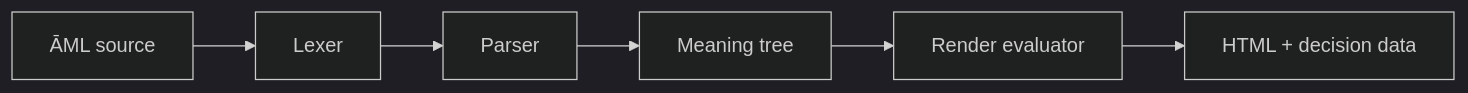
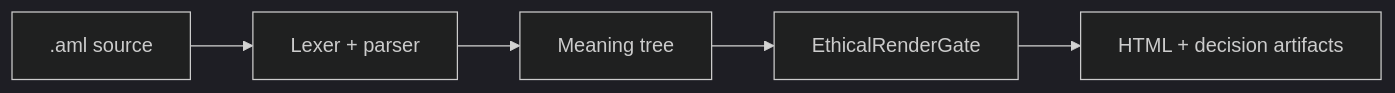
One commit to aruintelligence/aml-core changed the diagram in README.md. Above: the diagram before and after it, drawn with Mermaid (dark theme). The commit also changed other lines of this file and 3 other files, not shown here.

````diff
--- a/README.md
+++ b/README.md
@@ -92,8 +54,7 @@
 ```mermaid
 flowchart LR
-    A["ĀML source"] --> B["Lexer"]
-    B --> C["Parser"]
-    C --> D["Meaning tree"]
-    D --> E["Render evaluator"]
-    E --> F["HTML + decision data"]
+    A[".aml source"] --> B["Lexer + parser"]
+    B --> C["Meaning tree"]
+    C --> D["EthicalRenderGate"]
+    D --> E["HTML + decision artifacts"]
 ```
````
